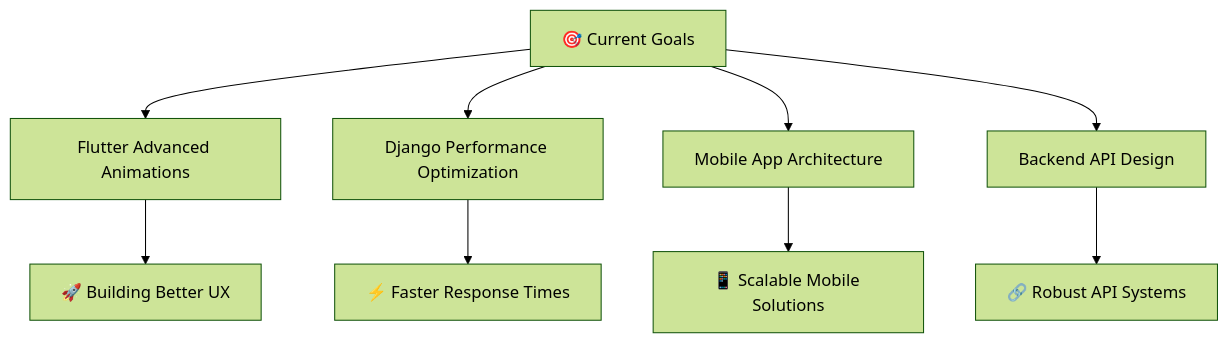
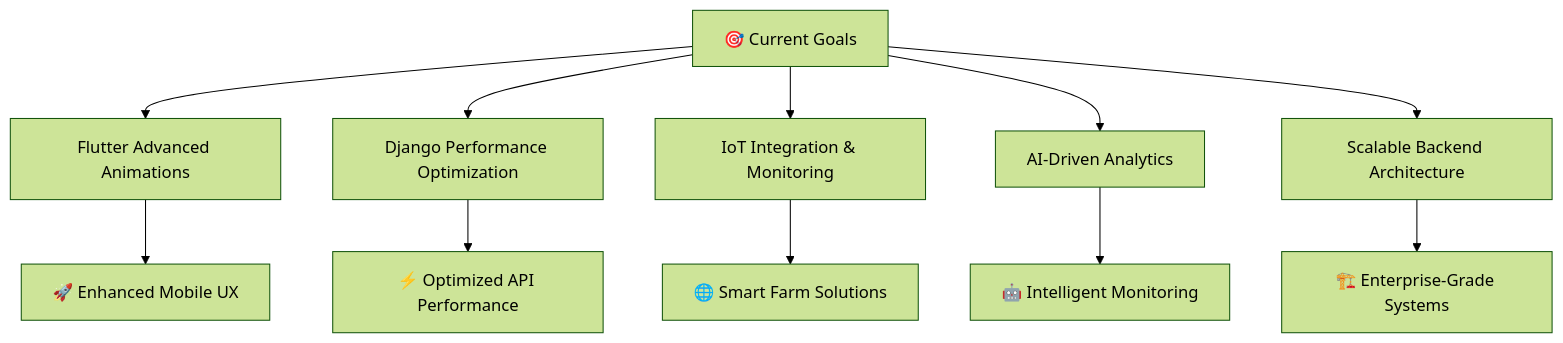
The second of 2 diagrams in README.md (Aizyy008/Aizyy008), drawn with Mermaid (forest theme) before and after one commit. The commit also changed other lines of this file, not shown here.

````diff
--- a/README.md
+++ b/README.md
@@ -95,12 +171,14 @@
 ```mermaid
 graph TD
     A[🎯 Current Goals] --> B[Flutter Advanced Animations]
     A --> C[Django Performance Optimization]  
-    A --> D[Mobile App Architecture]
-    A --> E[Backend API Design]
+    A --> D[IoT Integration & Monitoring]
+    A --> E[AI-Driven Analytics]
+    A --> F[Scalable Backend Architecture]
     
-    B --> F[🚀 Building Better UX]
-    C --> G[⚡ Faster Response Times]
-    D --> H[📱 Scalable Mobile Solutions]
-    E --> I[🔗 Robust API Systems]
+    B --> G[🚀 Enhanced Mobile UX]
+    C --> H[⚡ Optimized API Performance]
+    D --> I[🌐 Smart Farm Solutions]
+    E --> J[🤖 Intelligent Monitoring]
+    F --> K[🏗️ Enterprise-Grade Systems]
 ```
````
